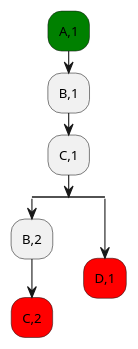
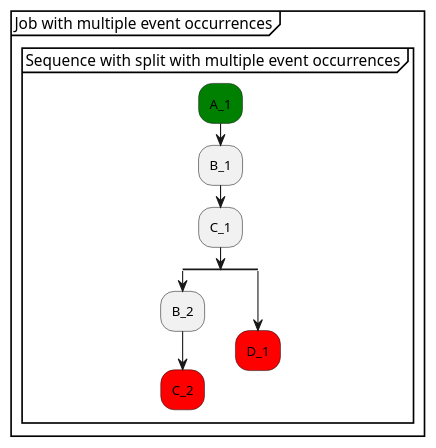
One commit to xtuml/munin changed the diagram in models/SequenceVerificationDataCentric/puml/Tutorial_10.puml. Above: the diagram before and after it, drawn with PlantUML. The commit also changed 21 other files, not shown here.

```diff
--- a/models/SequenceVerificationDataCentric/puml/Tutorial_10.puml
+++ b/models/SequenceVerificationDataCentric/puml/Tutorial_10.puml
@@ -7,12 +7,17 @@
 @startuml 
-      #green:A,1;
-      :B,1;
-      :C,1;
+partition "Job with multiple event occurrences" {
+  group "Sequence with split with multiple event occurrences"
+      #green:A_1;
+      :B_1;
+      :C_1;
       split
-      :B,2;
-      #red:C,2;
-      detach
+        :B_2;
+        #red:C_2;
+        detach
       split again
-      #red:D,1;
-      detach
+        #red:D_1;
+        detach
+      end split
+  end group
+}
 @enduml
```
